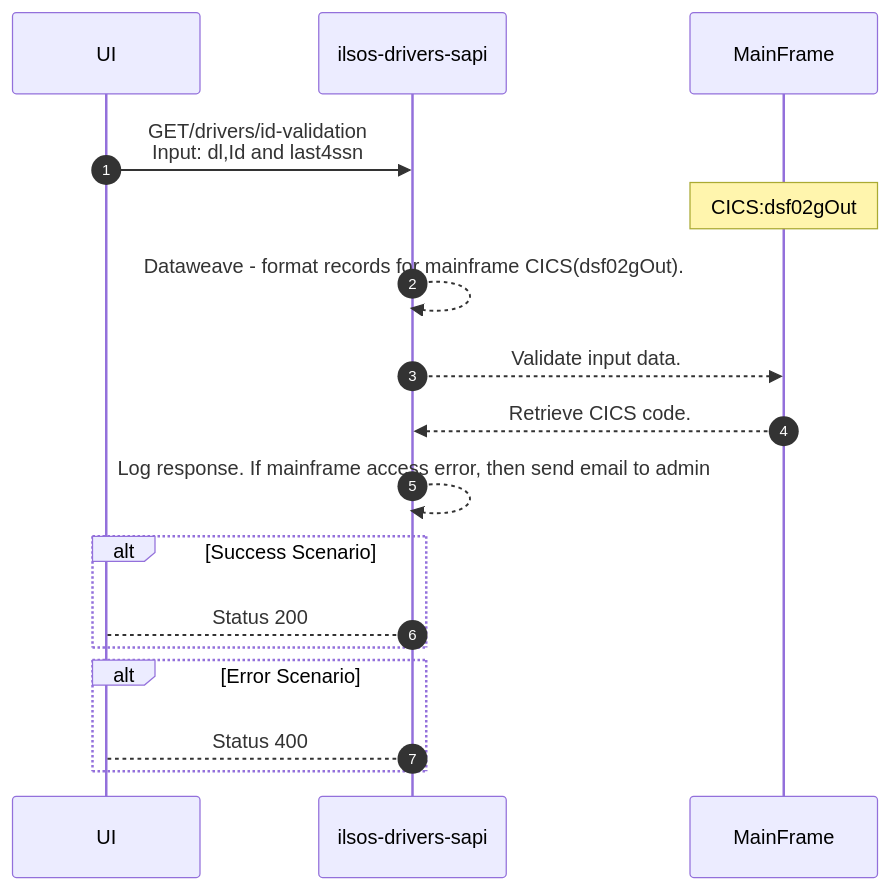
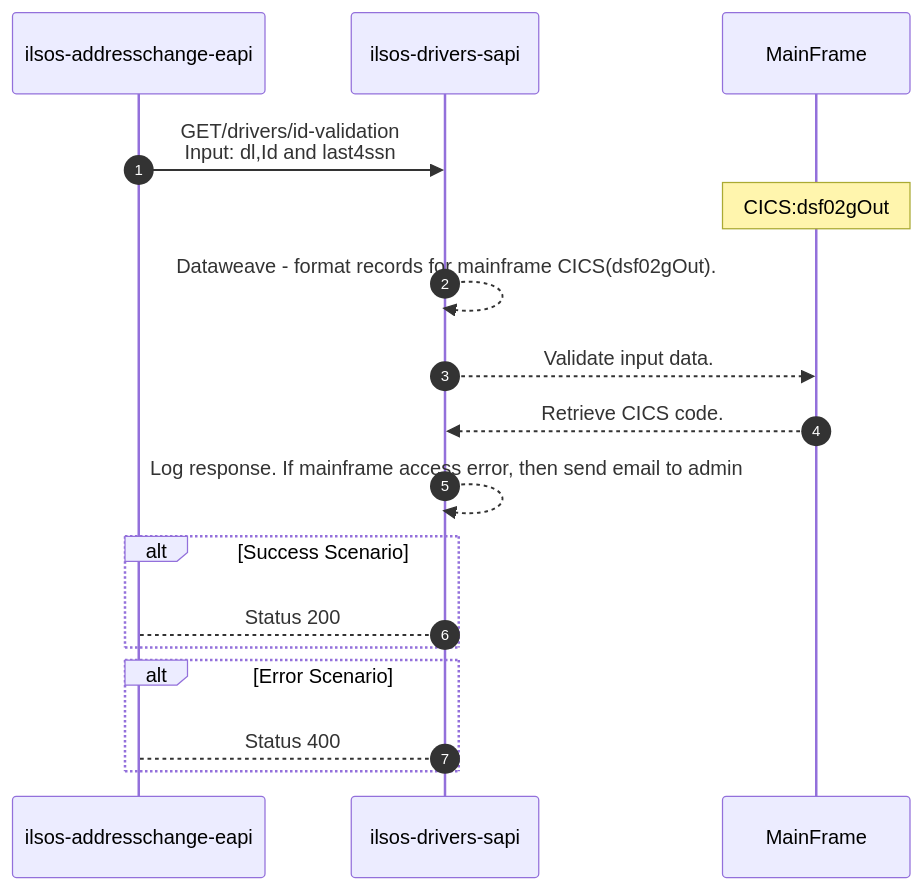
The second of 2 diagrams in README.md (acme-devs/ilsos-drivers-sapi), drawn with Mermaid before and after one commit. The commit also changed other lines of this file, not shown here.

````diff
--- a/README.md
+++ b/README.md
@@ -65,20 +65,20 @@
 ```mermaid
 sequenceDiagram
     autonumber
-    participant ui as UI
+    participant eapi as ilsos-addresschange-eapi
     participant api as ilsos-drivers-sapi
     participant mainframe as MainFrame
     
-    ui->>api:GET/drivers/id-validation <br>Input: dl,Id and last4ssn
+    eapi->>api:GET/drivers/id-validation <br>Input: dl,Id and last4ssn
     note over mainframe:CICS:dsf02gOut
     api-->>api:Dataweave - format records for mainframe CICS(dsf02gOut).
     api-->>mainframe:Validate input data.
     mainframe-->>api:Retrieve CICS code.
     api-->>api:Log response. If mainframe access error, then send email to admin
     alt Success Scenario 
-        api-->ui: Status 200
+        api-->eapi: Status 200
     end
     alt Error Scenario 
-        api-->ui: Status 400 
+        api-->eapi: Status 400 
     end
 ```
````
